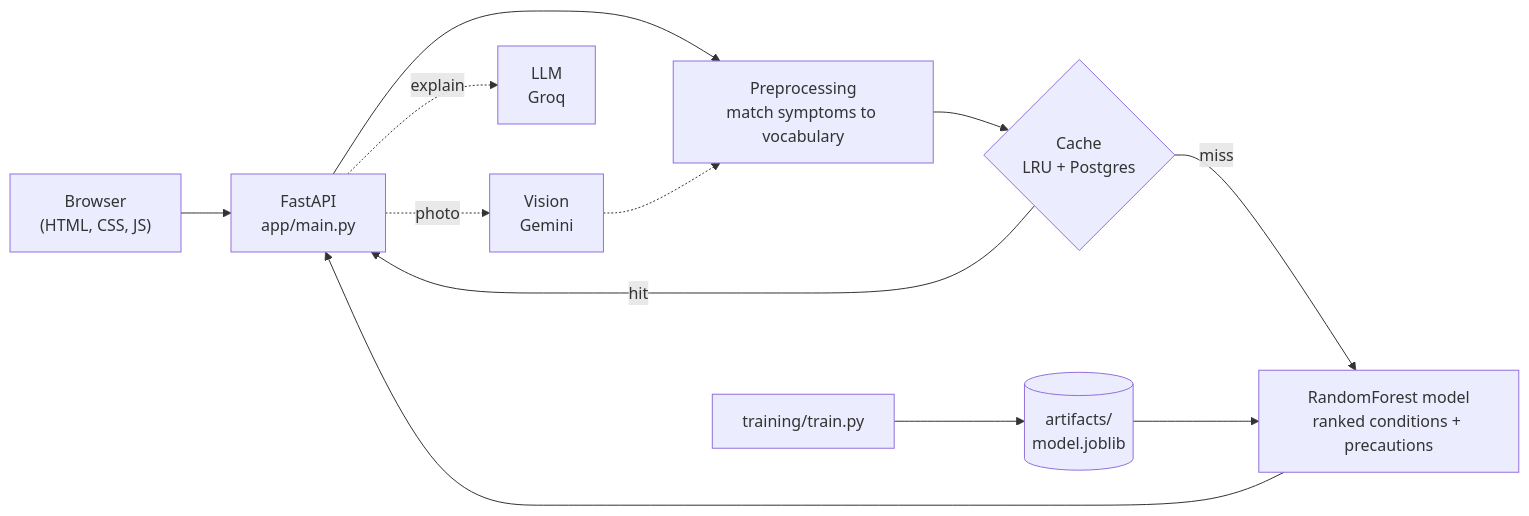
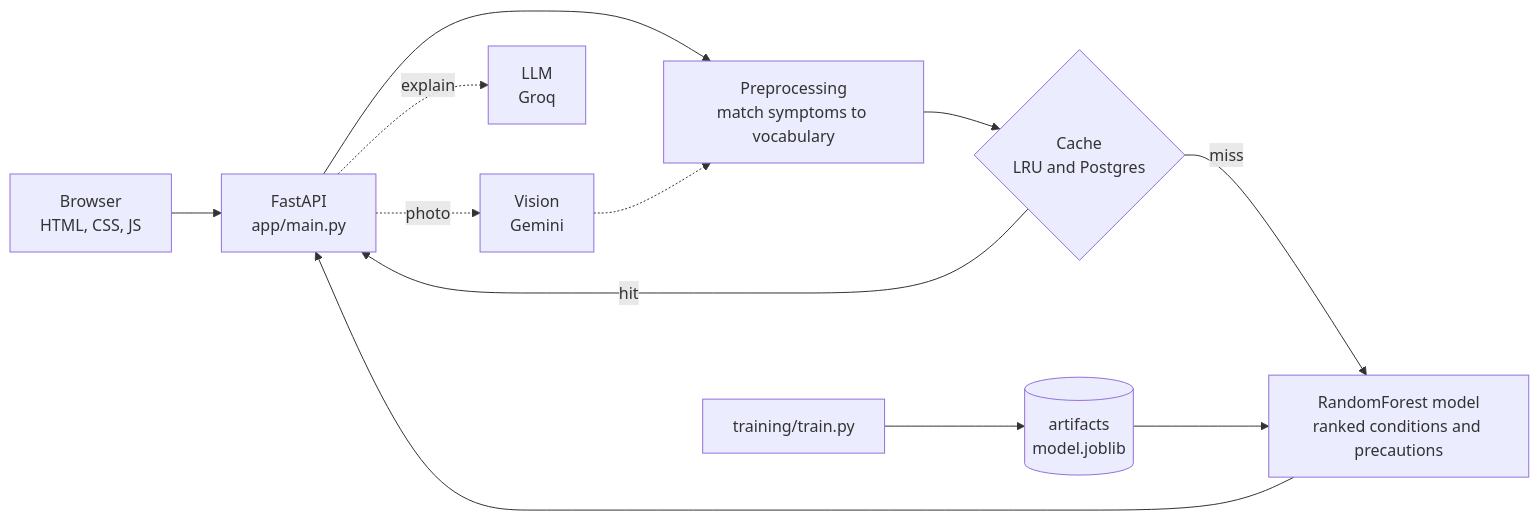
The diagram in docs/architecture.md (chintabunty10/healthai), drawn with Mermaid before and after one commit.

Commit message:
added architecture diagram

````diff
--- a/docs/architecture.md
+++ b/docs/architecture.md
@@ -3,17 +3,17 @@
 ```mermaid
 flowchart LR
-    U["Browser<br/>(HTML, CSS, JS)"] --> API["FastAPI<br/>app/main.py"]
+    U["Browser<br/>HTML, CSS, JS"] --> API["FastAPI<br/>app/main.py"]
 
     API --> PRE["Preprocessing<br/>match symptoms to vocabulary"]
-    PRE --> CACHE{"Cache<br/>LRU + Postgres"}
-    CACHE -- miss --> MODEL["RandomForest model<br/>ranked conditions + precautions"]
-    CACHE -- hit --> API
+    PRE --> CACHE{"Cache<br/>LRU and Postgres"}
+    CACHE -->|miss| MODEL["RandomForest model<br/>ranked conditions and precautions"]
+    CACHE -->|hit| API
     MODEL --> API
 
-    API -. "photo" .-> VIS["Vision<br/>Gemini"]
+    API -.->|photo| VIS["Vision<br/>Gemini"]
     VIS -.-> PRE
-    API -. "explain" .-> LLM["LLM<br/>Groq"]
+    API -.->|explain| LLM["LLM<br/>Groq"]
 
-    TRAIN["training/train.py"] --> ART[("artifacts/<br/>model.joblib")]
+    TRAIN["training/train.py"] --> ART[("artifacts<br/>model.joblib")]
     ART --> MODEL
 ```
````
